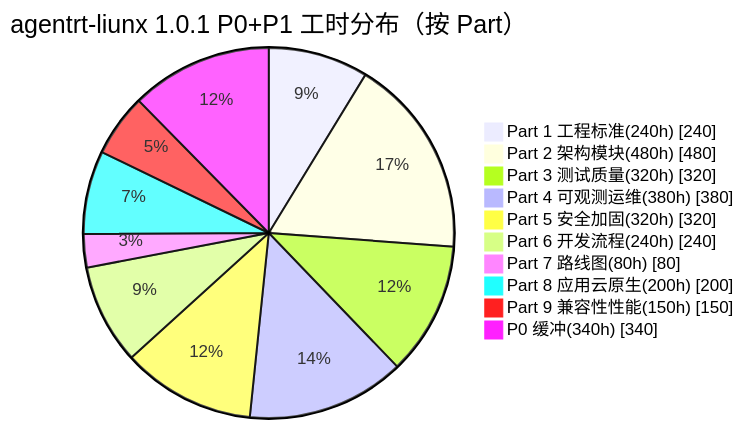
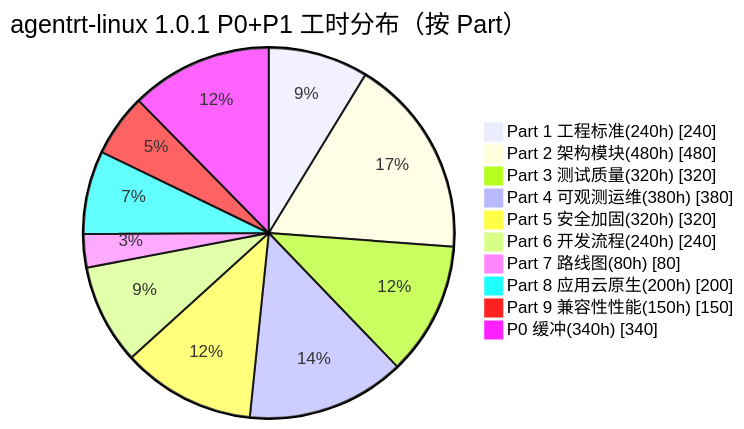
The first of 5 diagrams in AirymaxOS/130-roadmap/03-resource-estimation.md (openairymax/docs), drawn with Mermaid before and after one commit. The commit also changed other lines of this file and 75 other files, not shown here.

````diff
--- a/AirymaxOS/130-roadmap/03-resource-estimation.md
+++ b/AirymaxOS/130-roadmap/03-resource-estimation.md
@@ -73,14 +73,14 @@
 ```mermaid
 pie showData
-    title agentrt-liunx 1.0.1 P0+P1 工时分布（按 Part）
+    title agentrt-linux 1.0.1 P0+P1 工时分布（按 Part）
     "Part 1 工程标准(240h)" : 240
     "Part 2 架构模块(480h)" : 480
     "Part 3 测试质量(320h)" : 320
     "Part 4 可观测运维(380h)" : 380
     "Part 5 安全加固(320h)" : 320
     "Part 6 开发流程(240h)" : 240
     "Part 7 路线图(80h)" : 80
     "Part 8 应用云原生(200h)" : 200
     "Part 9 兼容性性能(150h)" : 150
     "P0 缓冲(340h)" : 340
 ```
````
